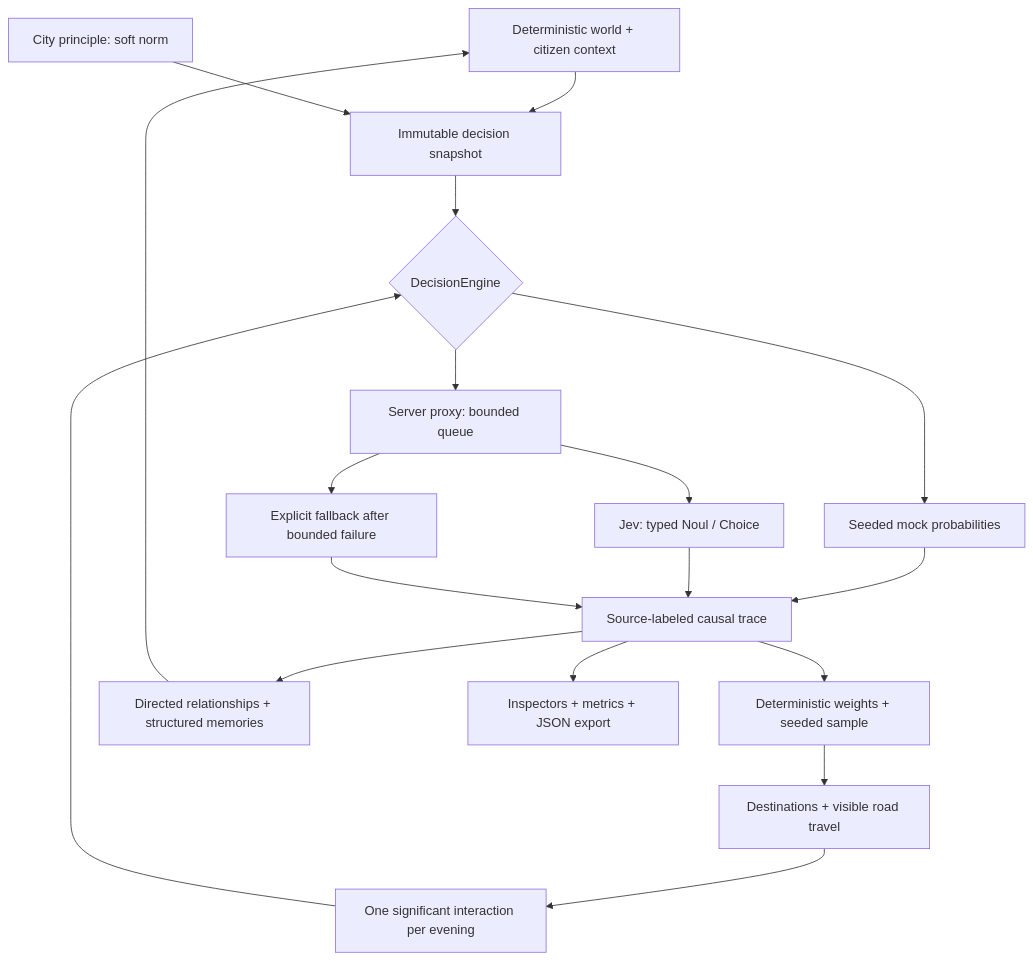
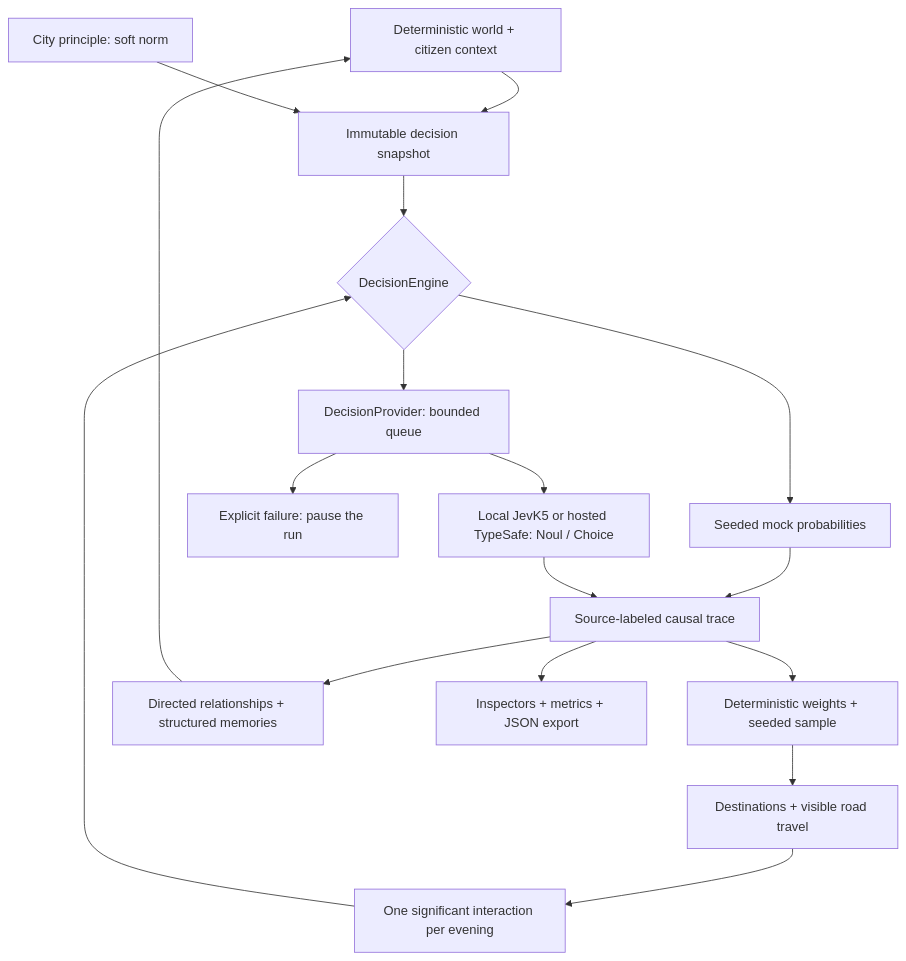
Before and after one commit to OkThought/fuzzy-city: the diagram in README.md, drawn with Mermaid. The commit also changed other lines of this file and 77 other files, not shown here.

Commit message:
feat: build Fuzzy City with local JevK5 benchmarking

````diff
--- a/README.md
+++ b/README.md
@@ -28,20 +36,19 @@
 ```mermaid
 flowchart TD
     World[Deterministic world + citizen context] --> Snapshot[Immutable decision snapshot]
     Principle[City principle: soft norm] --> Snapshot
     Snapshot --> Engine{DecisionEngine}
     Engine --> Mock[Seeded mock probabilities]
-    Engine --> Proxy[Server proxy: bounded queue]
-    Proxy --> Jev[Jev: typed Noul / Choice]
-    Proxy --> Fallback[Explicit fallback after bounded failure]
+    Engine --> Proxy[DecisionProvider: bounded queue]
+    Proxy --> Jev[Local JevK5 or hosted TypeSafe: Noul / Choice]
+    Proxy --> Failure[Explicit failure: pause the run]
     Mock --> Trace[Source-labeled causal trace]
     Jev --> Trace
-    Fallback --> Trace
     Trace --> Weights[Deterministic weights + seeded sample]
     Weights --> Travel[Destinations + visible road travel]
     Travel --> Encounter[One significant interaction per evening]
     Encounter --> Engine
     Trace --> Relationships[Directed relationships + structured memories]
     Relationships --> World
     Trace --> Inspect[Inspectors + metrics + JSON export]
 ```
````
